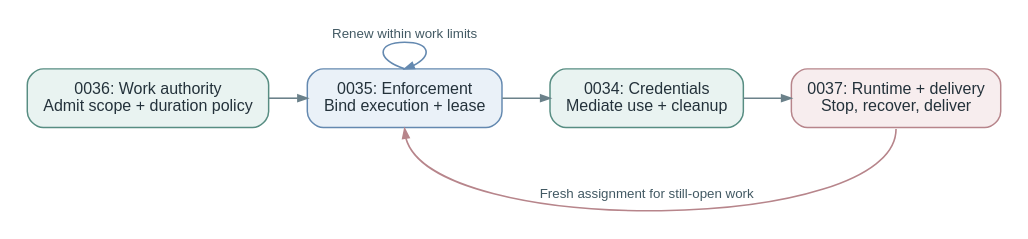
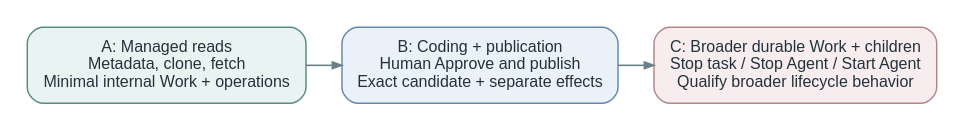
One commit to openclaw/rfcs changed the diagram in rfcs/0027/runtime-access-overview.dot. Above: the diagram before and after it, drawn with Graphviz. The commit also changed 10 other files, not shown here.

Commit message:
docs: define staged repository access and publication policy

```diff
--- a/rfcs/0027/runtime-access-overview.dot
+++ b/rfcs/0027/runtime-access-overview.dot
@@ -1,16 +1,12 @@
 digraph RuntimeAccessOverview {
   graph [rankdir=LR, bgcolor="white", pad="0.18", nodesep="0.28", ranksep="0.38", splines=spline, fontname="Arial", fontsize=11];
   node [shape=box, style="rounded,filled", fontname="Arial", fontsize=12, fontcolor="#24323B", color="#82949D", penwidth=1.1, margin="0.16,0.12"];
   edge [fontname="Arial", fontsize=10, fontcolor="#425963", color="#6B818A", penwidth=1.2, arrowsize=0.7];
 
-  work [label="0036: Work authority\nAdmit scope + duration policy", fillcolor="#E9F3F1", color="#578D82"];
-  identity [label="0035: Enforcement\nBind execution + lease", fillcolor="#EAF1F8", color="#6489B0"];
-  credentials [label="0034: Credentials\nMediate use + cleanup", fillcolor="#E9F3F1", color="#578D82"];
-  lifecycle [label="0037: Runtime + delivery\nStop, recover, deliver", fillcolor="#F7EDEE", color="#B7858B"];
+  reads [label="A: Managed reads\nMetadata, clone, fetch\nMinimal internal Work + operations", fillcolor="#E9F3F1", color="#578D82"];
+  publish [label="B: Coding + publication\nHuman Approve and publish\nExact candidate + separate effects", fillcolor="#EAF1F8", color="#6489B0"];
+  lifecycle [label="C: Broader durable Work + children\nStop task / Stop Agent / Start Agent\nQualify broader lifecycle behavior", fillcolor="#F7EDEE", color="#B7858B"];
 
-  work -> identity;
-  identity -> credentials;
-  credentials -> lifecycle;
-  identity:n -> identity:n [label="Renew within work limits", color="#6489B0"];
-  lifecycle:s -> identity:s [label="Fresh assignment for still-open work", constraint=false, color="#B7858B"];
+  reads -> publish;
+  publish -> lifecycle;
 }
```
